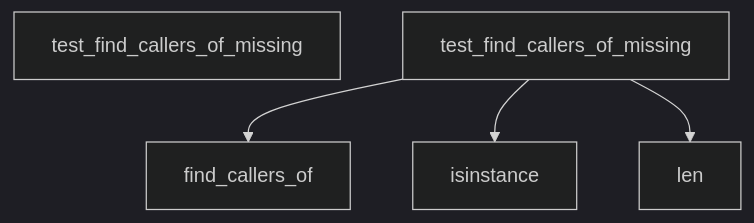
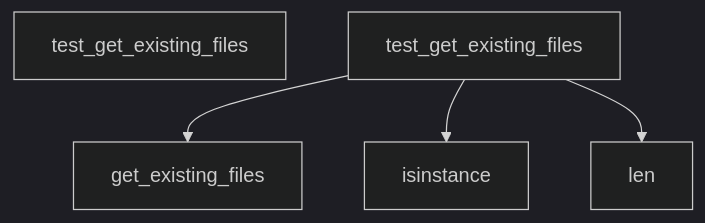
One commit to hazalkoom/DECODEx01 changed diagram 23 of 26 in docs/DATA_FLOW.md. Above: the diagram before and after it, drawn with Mermaid (dark theme). The commit also changed other lines of this file and 15 other files, not shown here.

Commit message:
feat: NLG phases 2-4 - API scanner, few-shot schema, and story generator

````diff
--- a/docs/DATA_FLOW.md
+++ b/docs/DATA_FLOW.md
@@ -811,17 +797,17 @@
 ```mermaid
 graph TD
-    Start[test_find_callers_of_missing]
+    Start[test_get_existing_files]
 
 
-    test_find_callers_of_missing --> find_callers_of
+    test_get_existing_files --> get_existing_files
 
 
 
-    test_find_callers_of_missing --> isinstance
+    test_get_existing_files --> isinstance
 
 
 
-    test_find_callers_of_missing --> len
+    test_get_existing_files --> len
 
 
 ```
````
